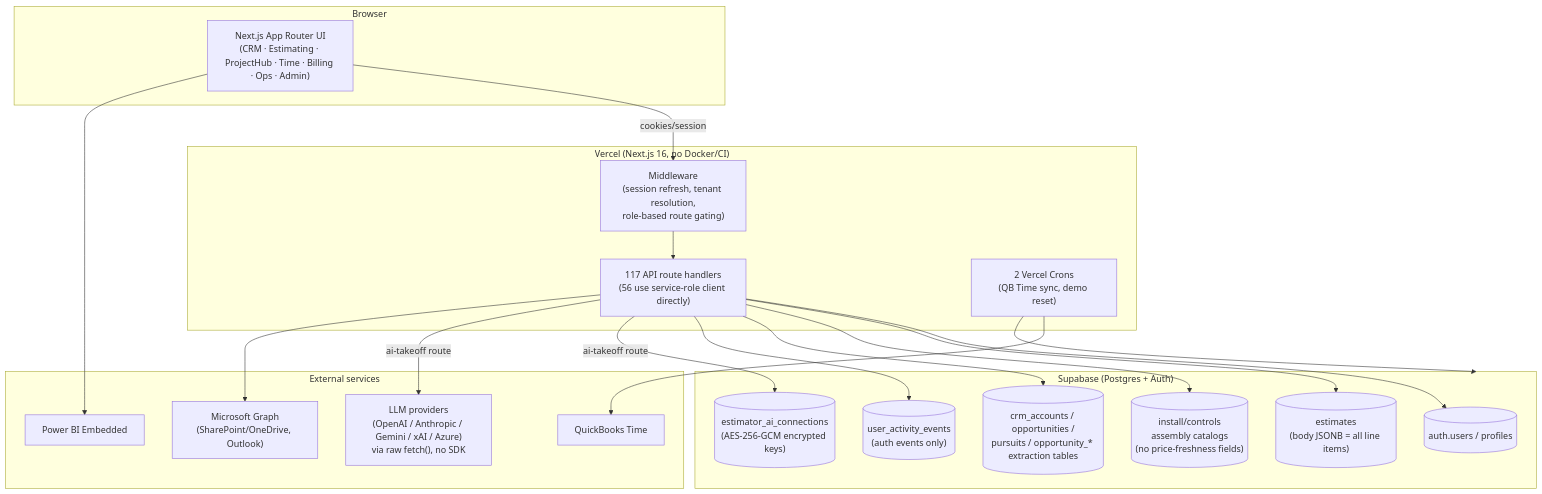
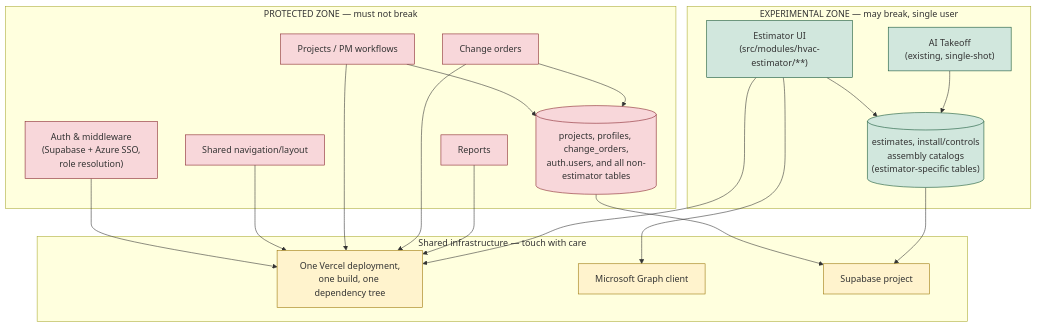
The first of 5 diagrams in docs/eve-estimating-evaluation.md (thecontrolscompany/tcc-projecthub), drawn with Mermaid before and after one commit. The commit also changed other lines of this file and 1 other file, not shown here.

First line of the commit message:
docs: revise Eve evaluation for single-user, two-zone experiment model

````diff
--- a/docs/eve-estimating-evaluation.md
+++ b/docs/eve-estimating-evaluation.md
@@ -63,41 +67,44 @@
 ```mermaid
 flowchart TB
-    subgraph Client["Browser"]
-        UI["Next.js App Router UI\n(CRM · Estimating · ProjectHub · Time · Billing · Ops · Admin)"]
+    subgraph Protected["PROTECTED ZONE — must not break"]
+        Auth["Auth & middleware\n(Supabase + Azure SSO,\nrole resolution)"]
+        Nav["Shared navigation/layout"]
+        Projects["Projects / PM workflows"]
+        CO["Change orders"]
+        Reports["Reports"]
+        OtherDB[("projects, profiles, change_orders,\nauth.users, and all non-estimator tables")]
     end
 
-    subgraph Vercel["Vercel (Next.js 16, no Docker/CI)"]
-        MW["Middleware\n(session refresh, tenant resolution,\nrole-based route gating)"]
-        API["117 API route handlers\n(56 use service-role client directly)"]
-        Cron["2 Vercel Crons\n(QB Time sync, demo reset)"]
+    subgraph Experimental["EXPERIMENTAL ZONE — may break, single user"]
+        EstUI["Estimator UI\n(src/modules/hvac-estimator/**)"]
+        EstDB[("estimates, install/controls\nassembly catalogs\n(estimator-specific tables)")]
+        AITakeoff["AI Takeoff\n(existing, single-shot)"]
     end
 
-    subgraph Supabase["Supabase (Postgres + Auth)"]
-        AuthDB[("auth.users / profiles")]
-        EstDB[("estimates\n(body JSONB = all line items)")]
-        CatDB[("install/controls\nassembly catalogs\n(no price-freshness fields)")]
-        CRMDB[("crm_accounts / opportunities /\npursuits / opportunity_* extraction tables")]
-        ActDB[("user_activity_events\n(auth events only)")]
-        AIDB[("estimator_ai_connections\n(AES-256-GCM encrypted keys)")]
+    subgraph SharedInfra["Shared infrastructure — touch with care"]
+        VercelBuild["One Vercel deployment,\none build, one dependency tree"]
+        Graph["Microsoft Graph client"]
+        SupaProj["Supabase project"]
     end
 
-    subgraph External["External services"]
-        Graph["Microsoft Graph\n(SharePoint/OneDrive, Outlook)"]
-        LLM["LLM providers\n(OpenAI / Anthropic / Gemini / xAI / Azure)\nvia raw fetch(), no SDK"]
-        QBT["QuickBooks Time"]
-        PBI["Power BI Embedded"]
-    end
+    Auth --> VercelBuild
+    Nav --> VercelBuild
+    Projects --> VercelBuild
+    CO --> VercelBuild
+    Reports --> VercelBuild
+    EstUI --> VercelBuild
+    Projects --> OtherDB
+    CO --> OtherDB
+    EstUI --> EstDB
+    AITakeoff --> EstDB
+    EstUI --> Graph
+    OtherDB --> SupaProj
+    EstDB --> SupaProj
 
-    UI -->|cookies/session| MW --> API
-    API --> AuthDB
-    API --> EstDB
-    API --> CatDB
-    API --> CRMDB
-    API --> ActDB
-    API -->|ai-takeoff route| AIDB
-    API -->|ai-takeoff route| LLM
-    API --> Graph
-    Cron --> QBT
-    Cron --> Supabase
-    UI --> PBI
+    classDef protected fill:#f8d7da,stroke:#842029
+    classDef experimental fill:#d1e7dd,stroke:#0f5132
+    classDef shared fill:#fff3cd,stroke:#997404
+    class Auth,Nav,Projects,CO,Reports,OtherDB protected
+    class EstUI,EstDB,AITakeoff experimental
+    class VercelBuild,Graph,SupaProj shared
 ```
````
